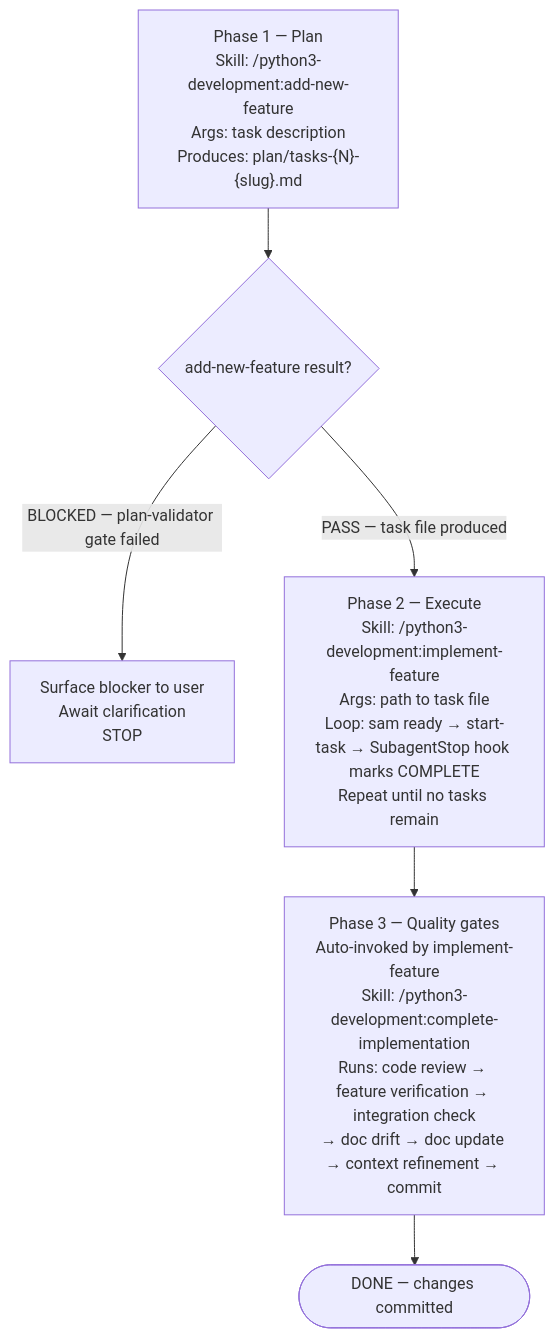
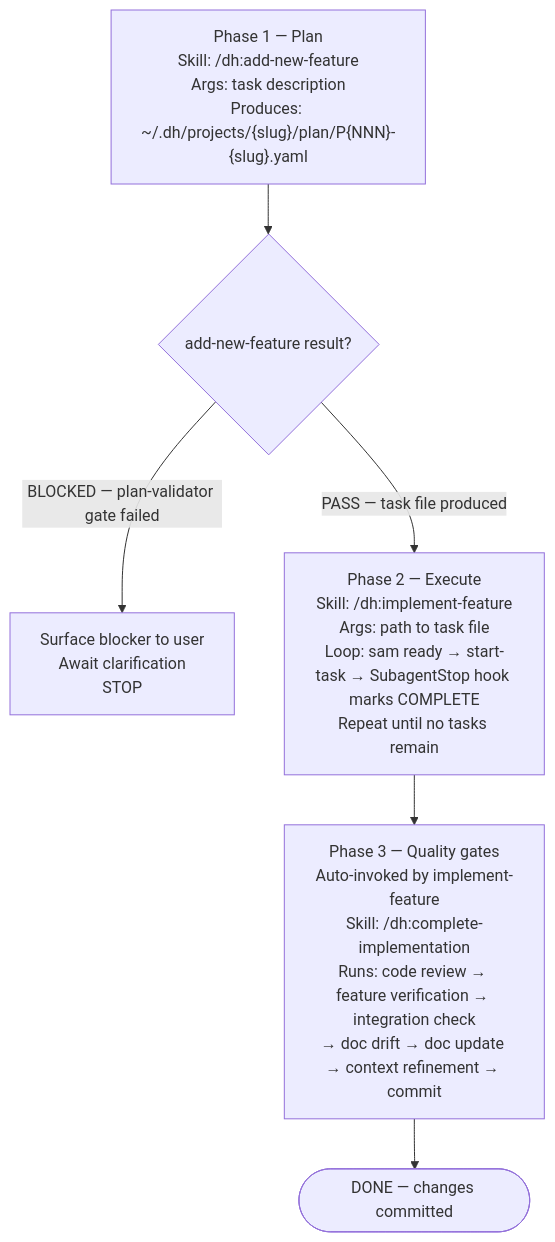
Before and after one commit to chgreer1070/claude_skills: the second of 2 diagrams in plugins/python3-development/skills/orchestrate/SKILL.md, drawn with Mermaid. The commit also changed other lines of this file and 1708 other files, not shown here.

First line of the commit message:
fix(development-harness): merge main, resolve drift, propagate BacklogListItem types

````diff
--- a/plugins/python3-development/skills/orchestrate/SKILL.md
+++ b/plugins/python3-development/skills/orchestrate/SKILL.md
@@ -41,10 +41,10 @@
 ```mermaid
 flowchart TD
-    P1["Phase 1 — Plan<br>Skill: /python3-development:add-new-feature<br>Args: task description<br>Produces: plan/tasks-{N}-{slug}.md"]
+    P1["Phase 1 — Plan<br>Skill: /dh:add-new-feature<br>Args: task description<br>Produces: ~/.dh/projects/{slug}/plan/P{NNN}-{slug}.yaml"]
     P1 --> P1Q{"add-new-feature result?"}
     P1Q -->|"BLOCKED — plan-validator gate failed"| P1Blocked["Surface blocker to user<br>Await clarification<br>STOP"]
     P1Q -->|"PASS — task file produced"| P2
-    P2["Phase 2 — Execute<br>Skill: /python3-development:implement-feature<br>Args: path to task file<br>Loop: sam ready → start-task → SubagentStop hook marks COMPLETE<br>Repeat until no tasks remain"]
-    P2 --> P3["Phase 3 — Quality gates<br>Auto-invoked by implement-feature<br>Skill: /python3-development:complete-implementation<br>Runs: code review → feature verification → integration check<br>→ doc drift → doc update → context refinement → commit"]
+    P2["Phase 2 — Execute<br>Skill: /dh:implement-feature<br>Args: path to task file<br>Loop: sam ready → start-task → SubagentStop hook marks COMPLETE<br>Repeat until no tasks remain"]
+    P2 --> P3["Phase 3 — Quality gates<br>Auto-invoked by implement-feature<br>Skill: /dh:complete-implementation<br>Runs: code review → feature verification → integration check<br>→ doc drift → doc update → context refinement → commit"]
     P3 --> Done(["DONE — changes committed"])
 ```
````
